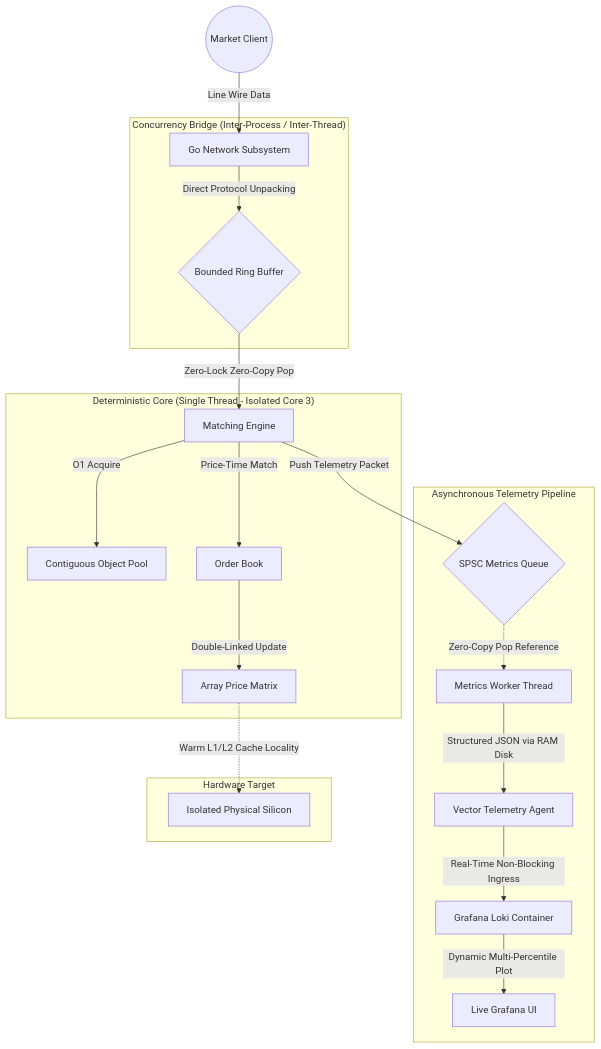
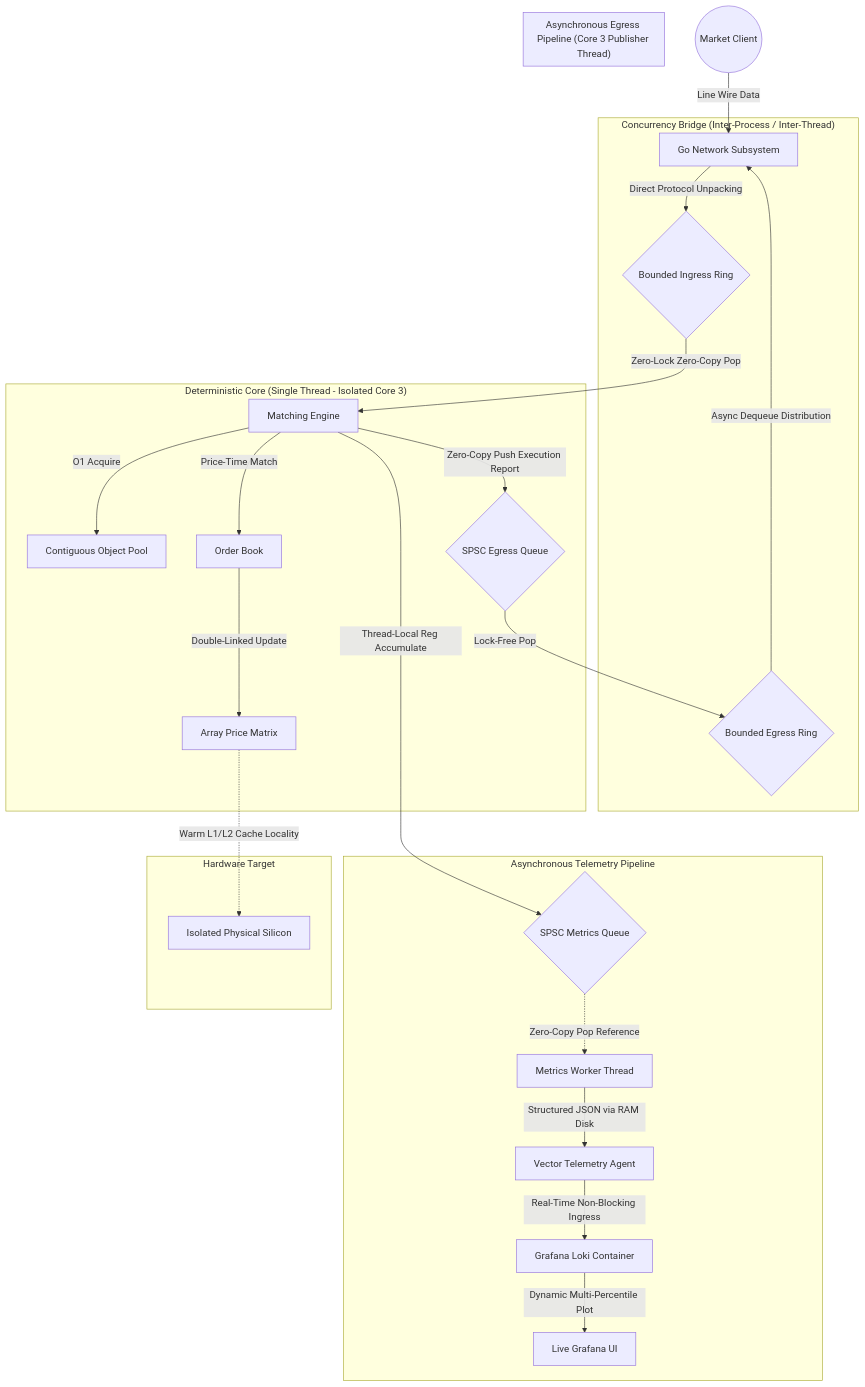
Before and after one commit to DeltaFosB/sequitur: the diagram in README.md, drawn with Mermaid. The commit also changed other lines of this file, not shown here.

Commit message:
Update system architecture and telemetry diagrams

````diff
--- a/README.md
+++ b/README.md
@@ -61,28 +61,36 @@
 ```mermaid
 graph TD
     Client((Market Client)) -->|Line Wire Data| GoGateway[Go Network Subsystem]
     
     subgraph "Concurrency Bridge (Inter-Process / Inter-Thread)"
-        GoGateway -->|Direct Protocol Unpacking| RingBuffer{Bounded Ring Buffer}
+        GoGateway -->|Direct Protocol Unpacking| IngressRing{Bounded Ingress Ring}
+        EgressRing{Bounded Egress Ring} -->|Async Dequeue Distribution| GoGateway
     end
     
     subgraph "Deterministic Core (Single Thread - Isolated Core 3)"
-        RingBuffer -->|Zero-Lock Zero-Copy Pop| Engine[Matching Engine]
+        IngressRing -->|Zero-Lock Zero-Copy Pop| Engine[Matching Engine]
         Engine -->|O1 Acquire| Pool[Contiguous Object Pool]
         Engine -->|Price-Time Match| Book[Order Book]
         Book -->|Double-Linked Update| Matrix[Array Price Matrix]
+        Engine -->|Zero-Copy Push Execution Report| EgressQueue{SPSC Egress Queue}
+    end
+
+    subgraph "Asynchronous Egress Pipeline (Core 3 Publisher Thread)"
+        EgressQueue -->|Lock-Free Pop| EgressRing
     end
     
     subgraph "Asynchronous Telemetry Pipeline"
-        Engine -->|Push Telemetry Packet| MetricsQueue{SPSC Metrics Queue}
+        Engine -->|Thread-Local Reg Accumulate| MetricsQueue{SPSC Metrics Queue}
         MetricsQueue -.->|Zero-Copy Pop Reference| MetricsWorker[Metrics Worker Thread]
         MetricsWorker -->|Structured JSON via RAM Disk| Vector[Vector Telemetry Agent]
         Vector -->|Real-Time Non-Blocking Ingress| Loki[Grafana Loki Container]
         Loki -->|Dynamic Multi-Percentile Plot| Grafana[Live Grafana UI]
     end
     
     subgraph "Hardware Target"
         Matrix -.->|Warm L1/L2 Cache Locality| CPU[Isolated Physical Silicon]
     end
 
+    %% Structural layout constraints to force vertical alignment of the decoupled pipelines
+    EgressRing ~~~ MetricsQueue
 ```
````
